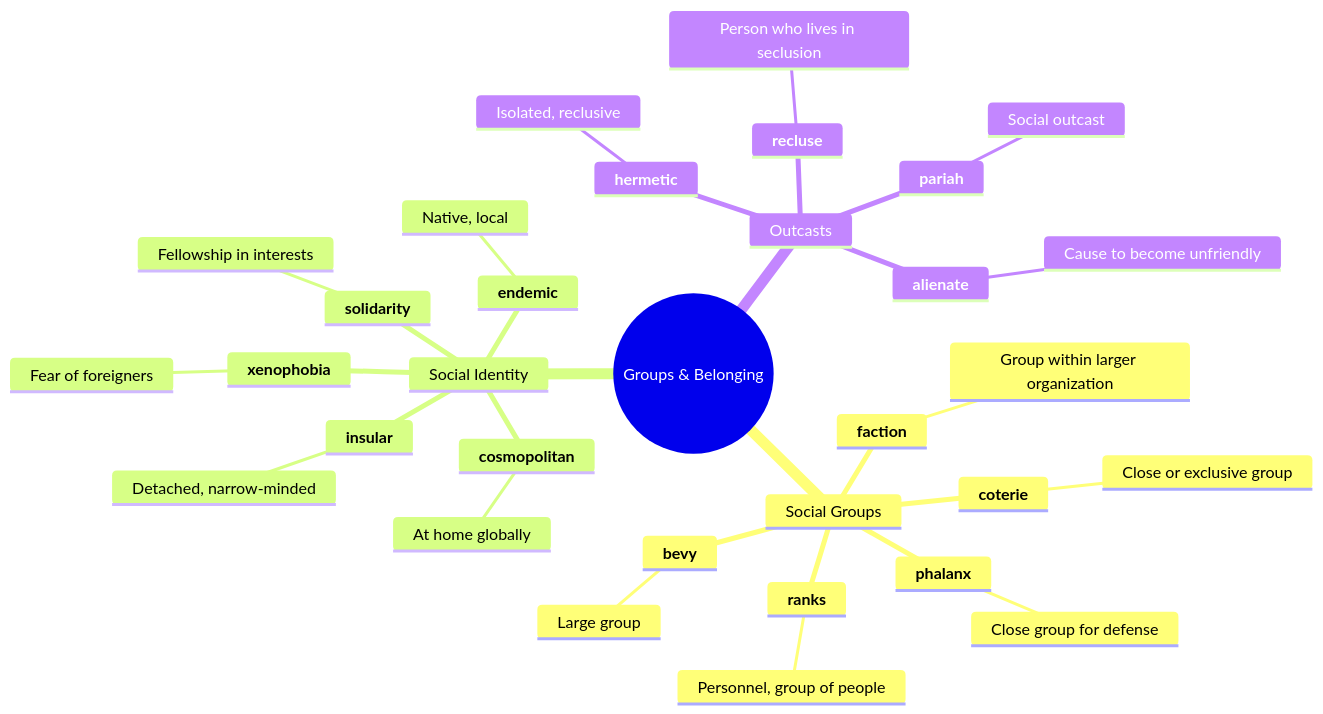
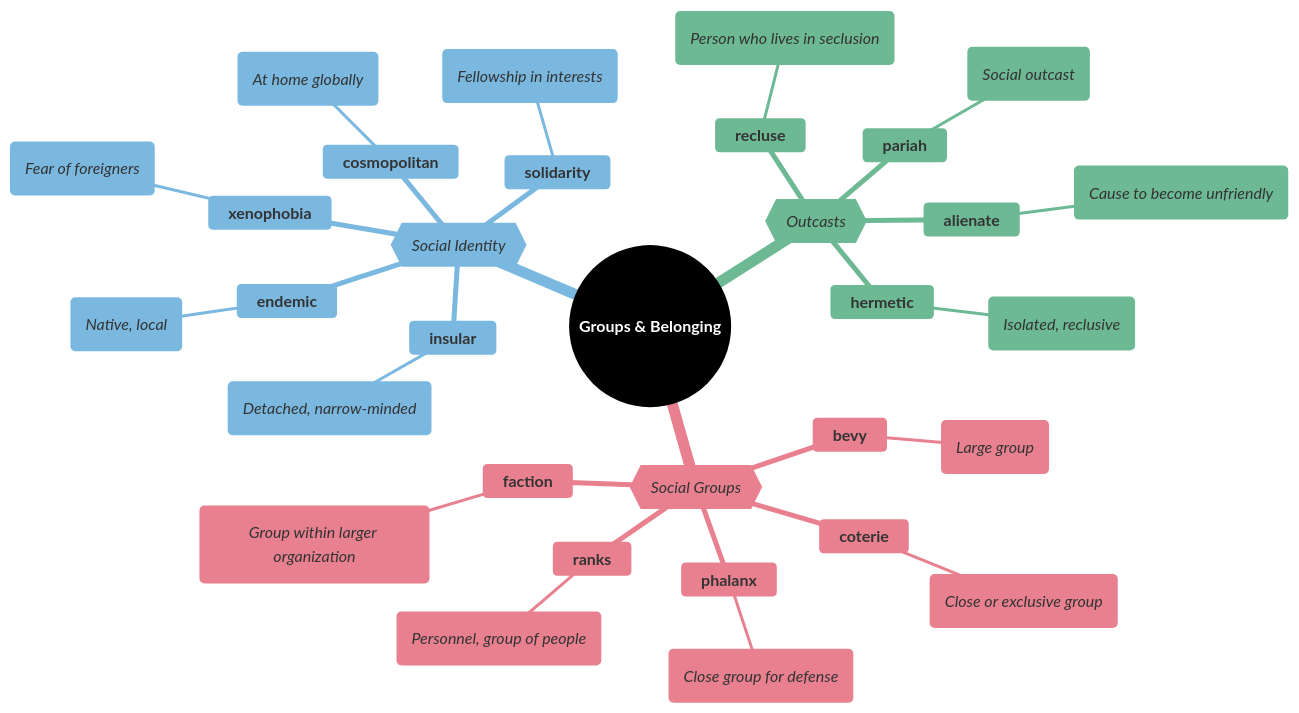
Before and after one commit to 95anantsingh/gre-preparation: the second of 7 diagrams in mindmaps/13-society-and-culture.md, drawn with Mermaid. The commit also changed other lines of this file and 14 other files, not shown here.

````diff
--- a/mindmaps/13-society-and-culture.md
+++ b/mindmaps/13-society-and-culture.md
@@ -99,35 +118,54 @@
 ```mermaid
+%%{
+  init: {
+    "theme": "base",
+    "themeVariables": {
+      "primaryColor": "#000000",
+      "cScale1": "#e8808f",  "cScaleInv1": "#a33445",
+      "cScale2": "#7bb8e0",  "cScaleInv2": "#266a93",
+      "cScale3": "#6db993",  "cScaleInv3": "#23543f",
+      "cScale4": "#f5d07a",  "cScaleInv4": "#c4903b",
+      "cScale5": "#b08fcc",  "cScaleInv5": "#5d3b75",
+      "cScale6": "#74dace",  "cScaleInv6": "#217d72",
+      "cScale7": "#f09570",  "cScaleInv7": "#b84112",
+      "cScale8": "#8ea8c2",  "cScaleInv8": "#32465e",
+      "cScale9": "#cc7fba",  "cScaleInv9": "#7d2868",
+      "cScale10": "#c99a78", "cScaleInv10": "#7c4e32",
+      "cScale11": "#a3a3a3", "cScaleInv11": "#3d3d3d"
+    }
+  }
+}%%
 mindmap
-  root((Groups & Belonging))
-    Social Groups
+  root((<font color=white>**Groups & Belonging**</font>))
+    {{_Social Groups_}}
       **coterie**
-        Close or exclusive group
+        (_Close or exclusive group_)
       **faction**
-        Group within larger organization
+        (_Group within larger organization_)
       **phalanx**
-        Close group for defense
+        (_Close group for defense_)
       **bevy**
-        Large group
+        (_Large group_)
       **ranks**
-        Personnel, group of people
-    Social Identity
+        (_Personnel, group of people_)
+    {{_Social Identity_}}
       **solidarity**
-        Fellowship in interests
+        (_Fellowship in interests_)
       **cosmopolitan**
-        At home globally
+        (_At home globally_)
       **endemic**
-        Native, local
+        (_Native, local_)
       **insular**
-        Detached, narrow-minded
+        (_Detached, narrow-minded_)
       **xenophobia**
-        Fear of foreigners
-    Outcasts
+        (_Fear of foreigners_)
+    {{_Outcasts_}}
       **pariah**
-        Social outcast
+        (_Social outcast_)
       **recluse**
-        Person who lives in seclusion
+        (_Person who lives in seclusion_)
       **hermetic**
-        Isolated, reclusive
+        (_Isolated, reclusive_)
       **alienate**
-        Cause to become unfriendly
+        (_Cause to become unfriendly_)
 ```
````
